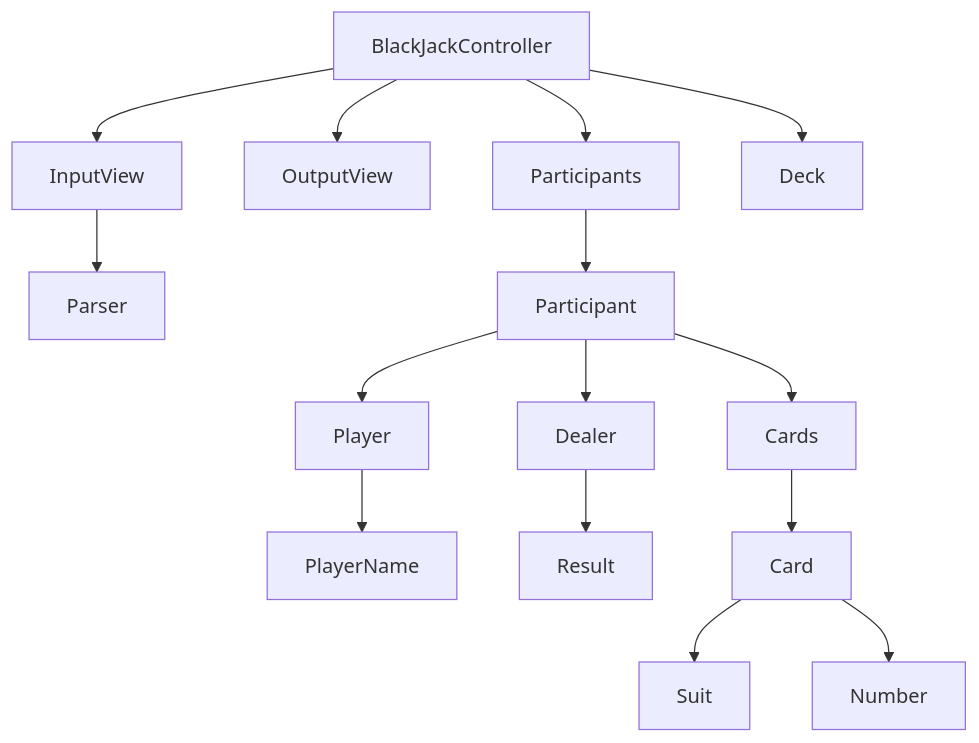
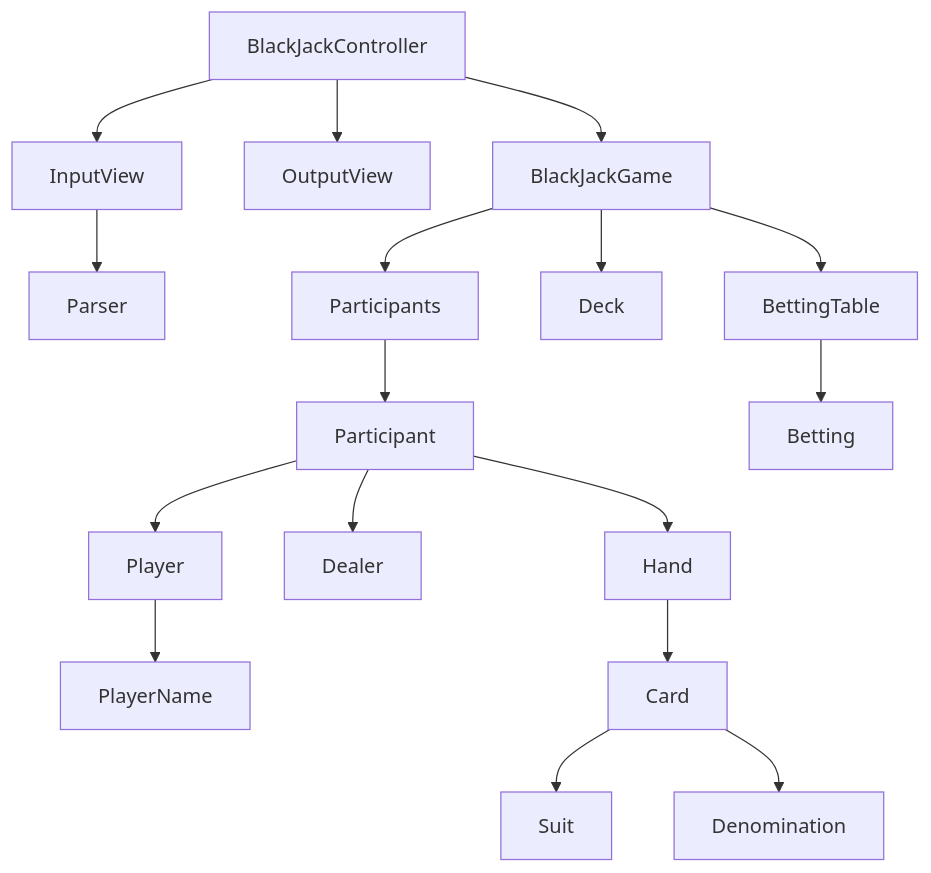
The diagram in README.md (woowacourse/java-blackjack), drawn with Mermaid before and after one commit. The commit also changed other lines of this file and 36 other files, not shown here.

````diff
--- a/README.md
+++ b/README.md
@@ -37,17 +50,19 @@
 ```mermaid
 graph TD
     BlackJackController --> InputView
     BlackJackController --> OutputView
-    BlackJackController --> Participants
-    BlackJackController --> Deck
+    BlackJackController --> BlackJackGame
     InputView --> Parser
+    BlackJackGame --> Participants
+    BlackJackGame --> Deck
+    BlackJackGame --> BettingTable
     Participants --> Participant
+    BettingTable --> Betting
     Participant --> Player
     Participant --> Dealer
-    Participant --> Cards
+    Participant --> Hand
     Player --> PlayerName
-    Dealer --> Result
-    Cards --> Card
+    Hand --> Card
     Card --> Suit
-    Card --> Number
+    Card --> Denomination
 ```
````
